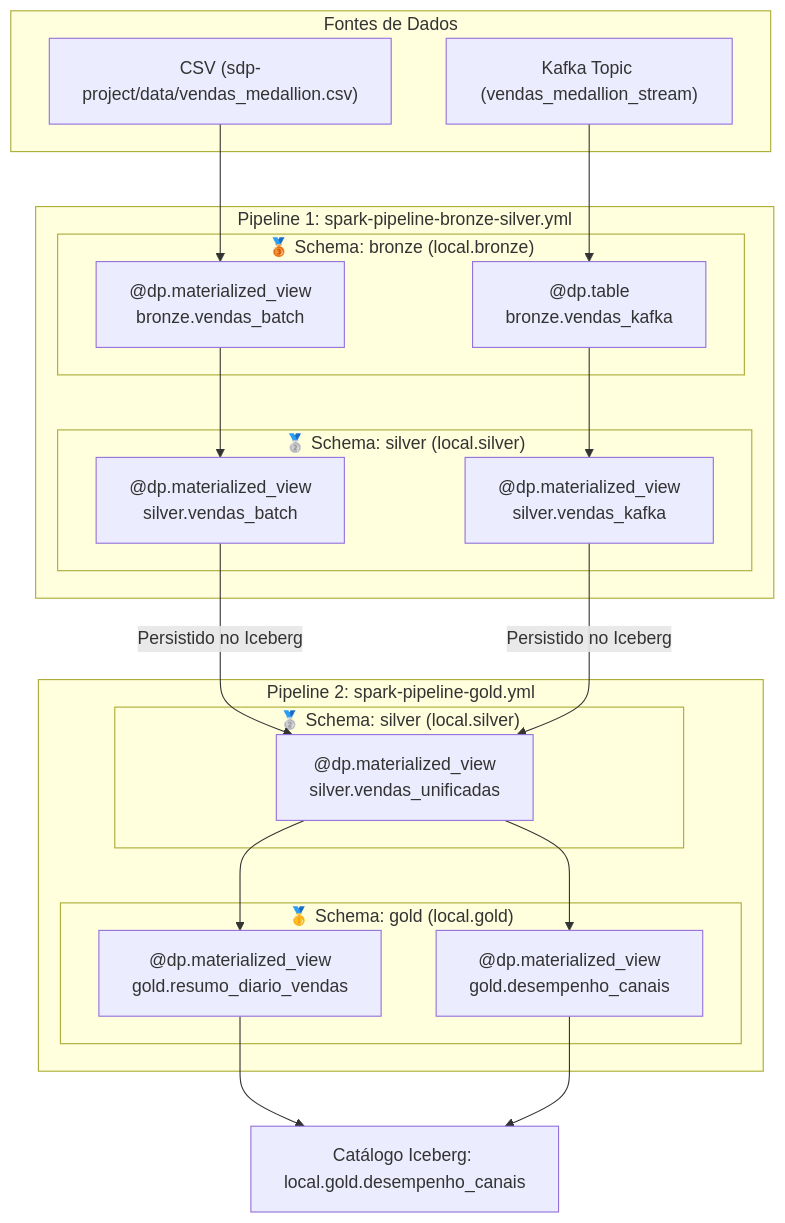
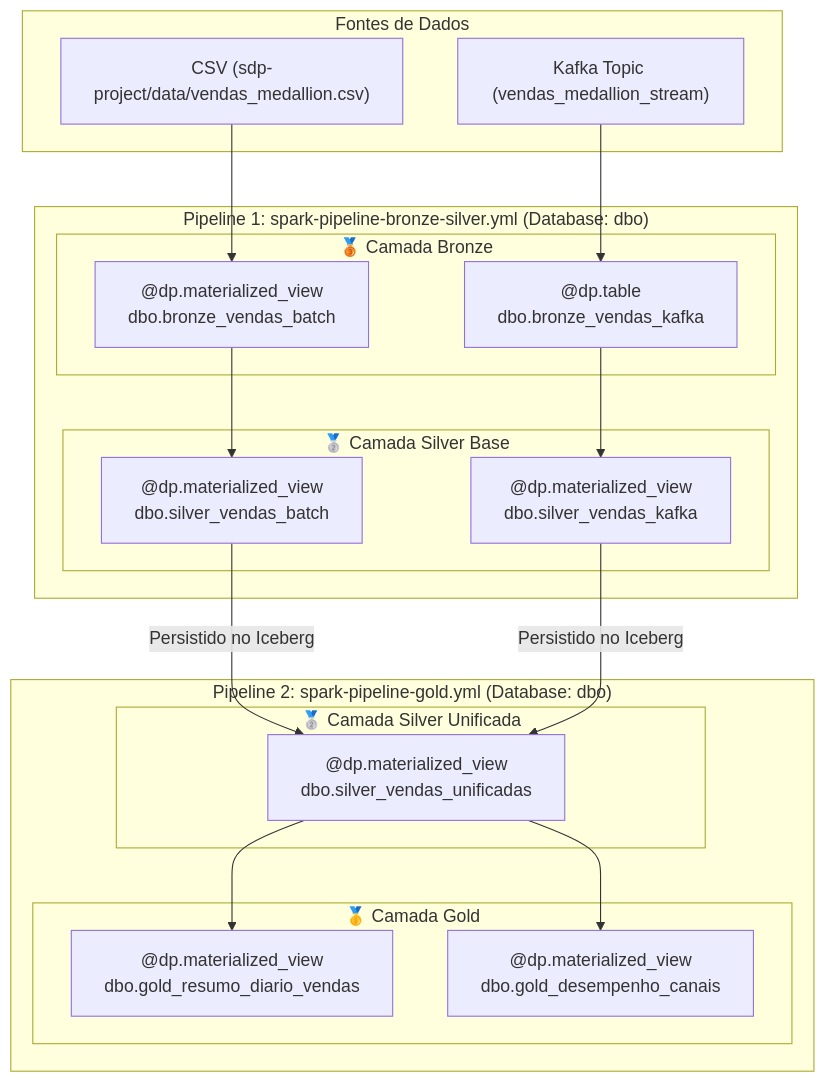
The diagram in README.md (Marcus-Holanda777/estudos-sdp), drawn with Mermaid before and after one commit. The commit also changed other lines of this file and 15 other files, not shown here.

````diff
--- a/README.md
+++ b/README.md
@@ -131,45 +57,42 @@
 ```mermaid
 graph TD
     subgraph Sources ["Fontes de Dados"]
         CSV["CSV (sdp-project/data/vendas_medallion.csv)"]
         KAFKA_TOPIC["Kafka Topic (vendas_medallion_stream)"]
     end
 
-    subgraph Pipeline1 ["Pipeline 1: spark-pipeline-bronze-silver.yml"]
-        subgraph Bronze ["🥉 Schema: bronze (local.bronze)"]
-            B_BATCH["@dp.materialized_view<br>bronze.vendas_batch"]
-            B_STREAM["@dp.table<br>bronze.vendas_kafka"]
+    subgraph Pipeline1 ["Pipeline 1: spark-pipeline-bronze-silver.yml (Database: dbo)"]
+        subgraph Bronze ["🥉 Camada Bronze"]
+            B_BATCH["@dp.materialized_view<br>dbo.bronze_vendas_batch"]
+            B_STREAM["@dp.table<br>dbo.bronze_vendas_kafka"]
         end
 
-        subgraph Silver_Base ["🥈 Schema: silver (local.silver)"]
-            S_BATCH["@dp.materialized_view<br>silver.vendas_batch"]
-            S_STREAM["@dp.materialized_view<br>silver.vendas_kafka"]
+        subgraph Silver_Base ["🥈 Camada Silver Base"]
+            S_BATCH["@dp.materialized_view<br>dbo.silver_vendas_batch"]
+            S_STREAM["@dp.materialized_view<br>dbo.silver_vendas_kafka"]
         end
     end
 
-    subgraph Pipeline2 ["Pipeline 2: spark-pipeline-gold.yml"]
-        subgraph Silver_Unified ["🥈 Schema: silver (local.silver)"]
-            S_UNIFIED["@dp.materialized_view<br>silver.vendas_unificadas"]
+    subgraph Pipeline2 ["Pipeline 2: spark-pipeline-gold.yml (Database: dbo)"]
+        subgraph Silver_Unified ["🥈 Camada Silver Unificada"]
+            S_UNIFIED["@dp.materialized_view<br>dbo.silver_vendas_unificadas"]
         end
 
-        subgraph Gold ["🥇 Schema: gold (local.gold)"]
-            G_DAILY["@dp.materialized_view<br>gold.resumo_diario_vendas"]
-            G_CHANNEL["@dp.materialized_view<br>gold.desempenho_canais"]
+        subgraph Gold ["🥇 Camada Gold"]
+            G_DAILY["@dp.materialized_view<br>dbo.gold_resumo_diario_vendas"]
+            G_CHANNEL["@dp.materialized_view<br>dbo.gold_desempenho_canais"]
         end
     end
 
     CSV --> B_BATCH
     KAFKA_TOPIC --> B_STREAM
 
     B_BATCH --> S_BATCH
     B_STREAM --> S_STREAM
 
     S_BATCH -->|Persistido no Iceberg| S_UNIFIED
     S_STREAM -->|Persistido no Iceberg| S_UNIFIED
 
     S_UNIFIED --> G_DAILY
     S_UNIFIED --> G_CHANNEL
-
-    G_DAILY --> ICEBERG["Catálogo Iceberg: local.gold.resumo_diario_vendas"]
-    G_CHANNEL --> ICEBERG["Catálogo Iceberg: local.gold.desempenho_canais"]
 ```
````
